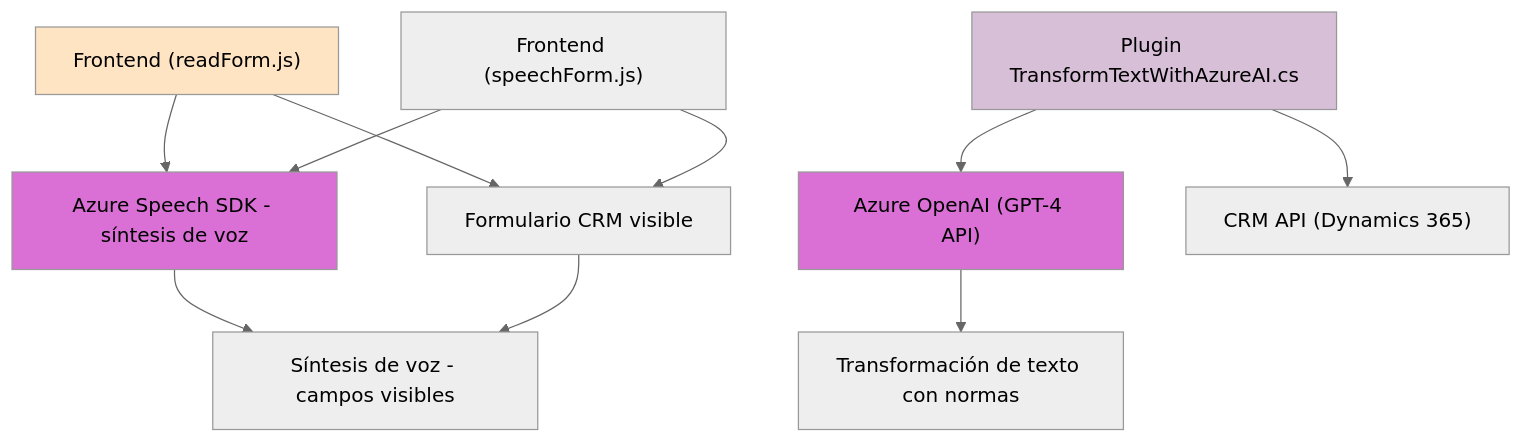
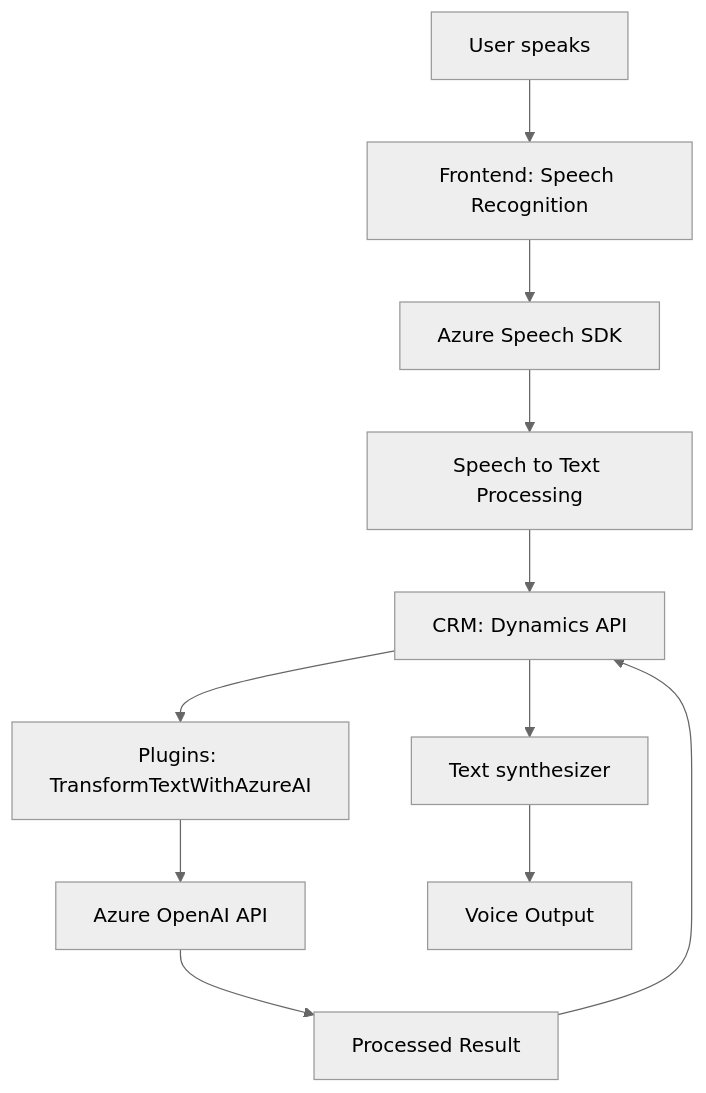
One commit to blopezdm/NETCORE_BILBAO2025 changed the diagram in README.md. Above: the diagram before and after it, drawn with Mermaid (neutral theme). The commit also changed other lines of this file, not shown here.

Commit message:
Actualizar análisis global de la solución con IA

````diff
--- a/README.md
+++ b/README.md
@@ -52,20 +31,24 @@
 ```mermaid
 graph TD
-    A["Frontend (readForm.js)"] --> B["Azure Speech SDK - síntesis de voz"]
-    A --> C["Formulario CRM visible"]
-    D["Frontend (speechForm.js)"] --> B
-    D --> C
+    A["User speaks"]
+    B["Frontend: Speech Recognition"]
+    C["Azure Speech SDK"]
+    D["Speech to Text Processing"]
+    E["CRM: Dynamics API"]
+    F["Plugins: TransformTextWithAzureAI"]
+    G["Azure OpenAI API"]
+    H["Processed Result"]
+    I["Text synthesizer"]
+    J["Voice Output"]
 
-    E["Plugin TransformTextWithAzureAI.cs"] --> F["Azure OpenAI (GPT-4 API)"]
-    E --> G["CRM API (Dynamics 365)"]
-
-    B --> H["Síntesis de voz - campos visibles"]
-    C --> H
-
-    F --> I["Transformación de texto con normas"]
-
-    style A fill:#FFE4C4
-    style E fill:#D8BFD8
-    style B fill:#DA70D6
-    style F fill:#DA70D6
+    A --> B
+    B --> C
+    C --> D
+    D --> E
+    E --> F
+    F --> G
+    G --> H
+    H --> E
+    E --> I
+    I --> J
 ```
````
